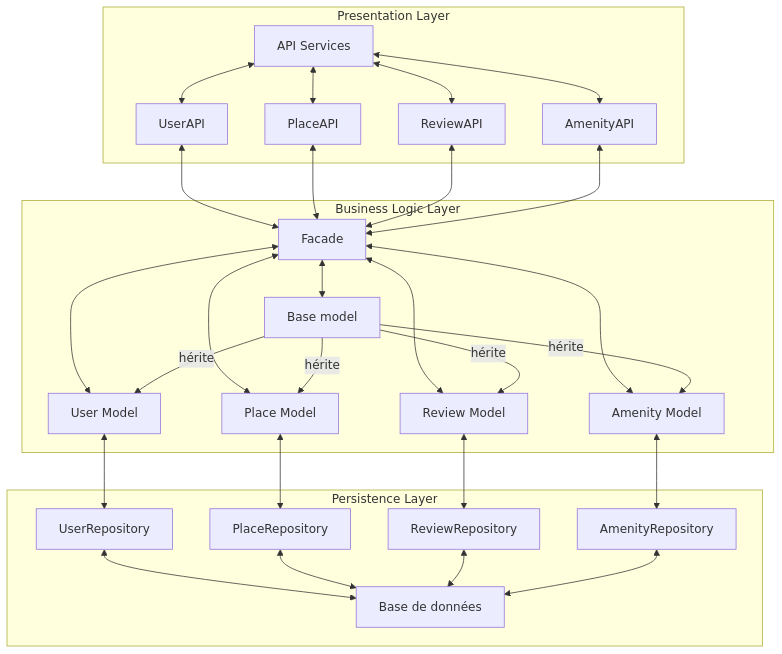
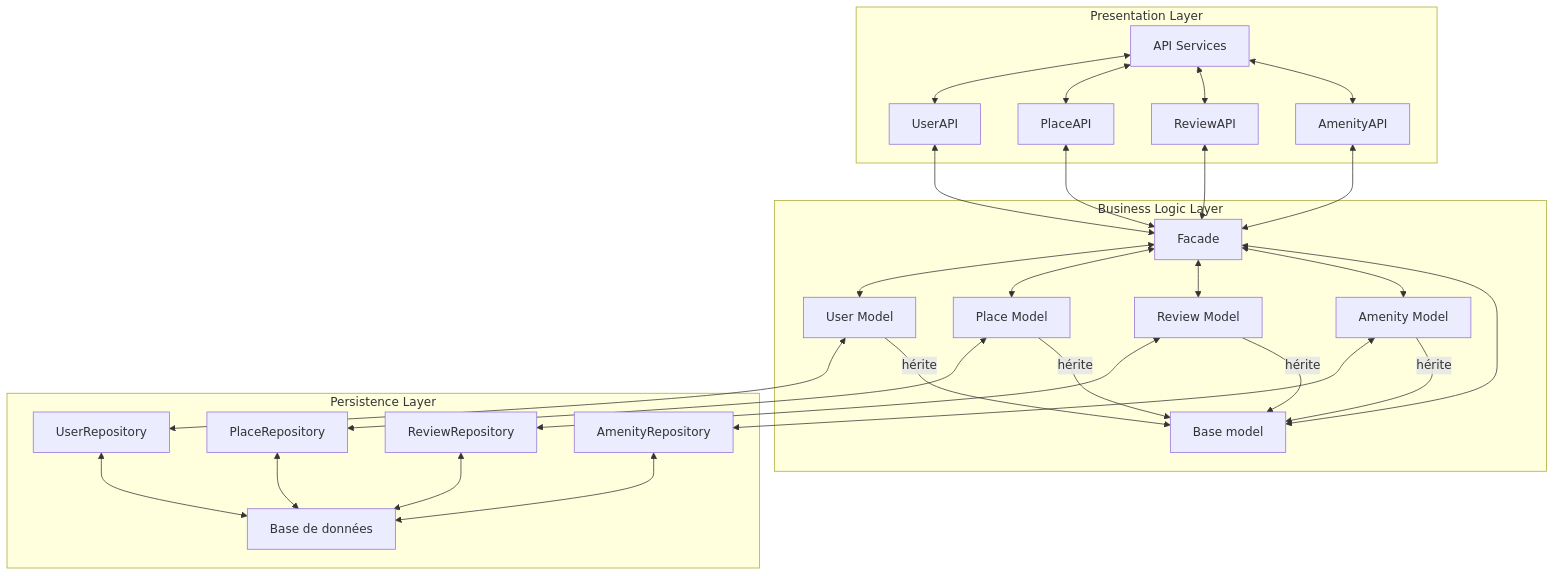
The diagram in part1/diagram_package.md (Timi-Holberton/holbertonschool-hbnb), drawn with Mermaid before and after one commit.

Commit message:
correctif diagram package

````diff
--- a/part1/diagram_package.md
+++ b/part1/diagram_package.md
@@ -1,59 +1,58 @@
 ```mermaid
 flowchart TD
   subgraph Presentation_Layer ["Presentation Layer"]
     apiGateway["API Services"]
     UserAPI
     PlaceAPI
     ReviewAPI
     AmenityAPI
   end
 
   subgraph Business_Logic_Layer ["Business Logic Layer"]
     facade["Facade"]
     userModel["User Model"]
     placeModel["Place Model"]
     reviewModel["Review Model"]
     amenityModel["Amenity Model"]
     baseModel["Base model"]
   end
 
   subgraph Persistence_Layer ["Persistence Layer"]
     userRepo["UserRepository"]
     placeRepo["PlaceRepository"]
     reviewRepo["ReviewRepository"]
     amenityRepo["AmenityRepository"]
     database["Base de données"]
   end
 
   apiGateway <--> UserAPI
   apiGateway <--> PlaceAPI
   apiGateway <--> ReviewAPI
   apiGateway <--> AmenityAPI
 
   UserAPI <--> facade
   PlaceAPI <--> facade
   ReviewAPI <--> facade
   AmenityAPI <--> facade
 
   facade <--> userModel
   facade <--> placeModel
   facade <--> reviewModel
   facade <--> amenityModel
   facade <--> baseModel
 
   userModel <--> userRepo
   placeModel <--> placeRepo
   reviewModel <--> reviewRepo
   amenityModel <--> amenityRepo
 
   userRepo <--> database
   placeRepo <--> database
   reviewRepo <--> database
   amenityRepo <--> database
 
-baseModel -->|hérite| userModel 
-baseModel -->|hérite| placeModel
-baseModel -->|hérite| reviewModel
-baseModel -->|hérite| amenityModel
-
+userModel -->|hérite| baseModel
+placeModel -->|hérite| baseModel
+reviewModel -->|hérite| baseModel
+amenityModel -->|hérite| baseModel
 ```
````
